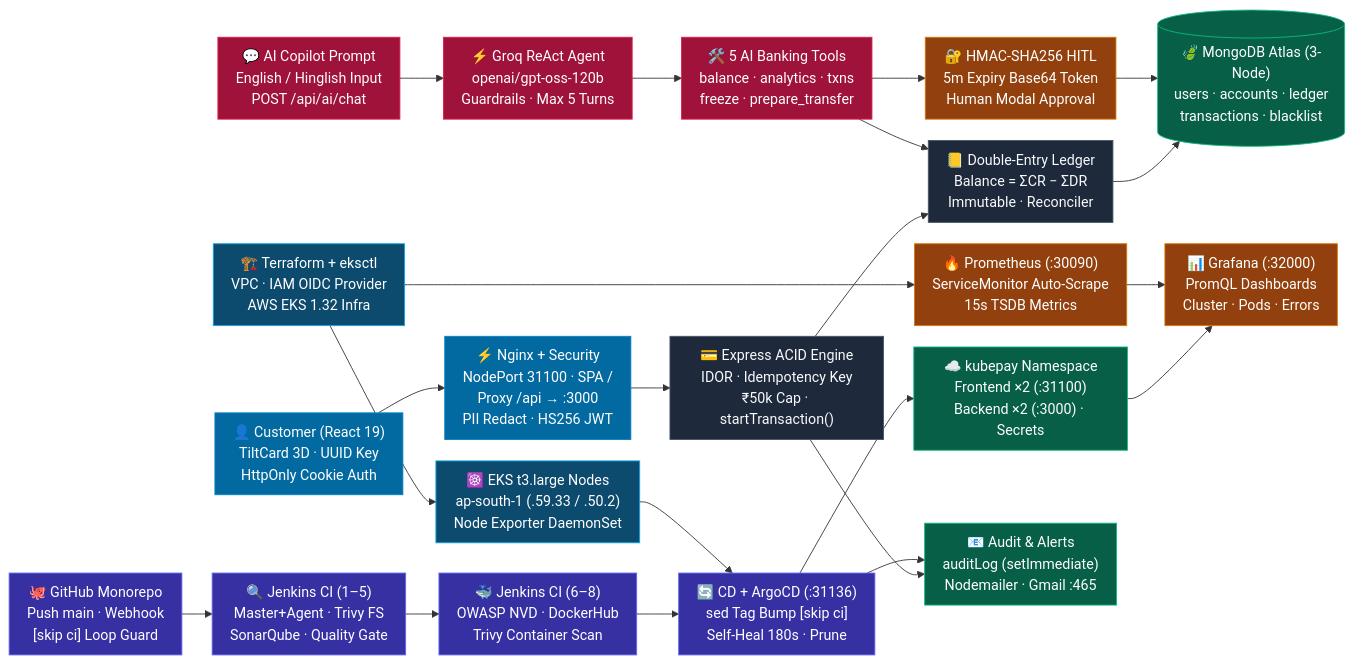
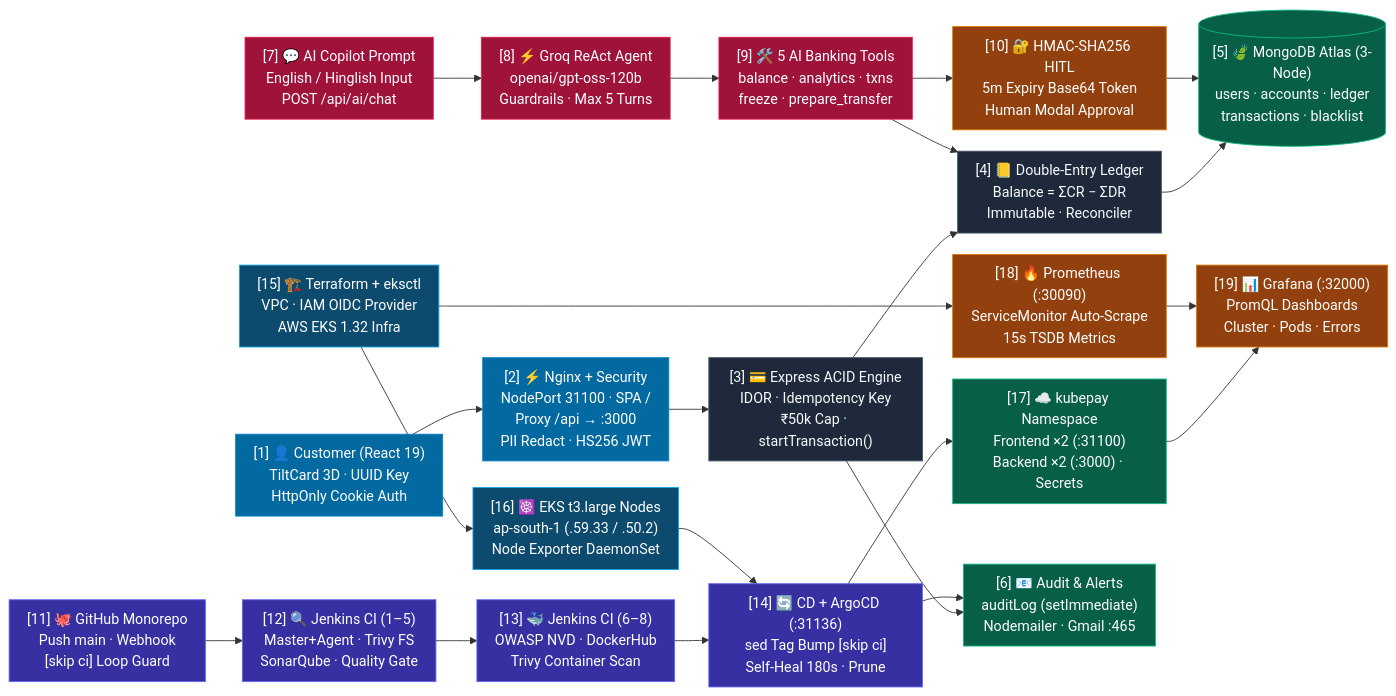
Before and after one commit to ARPITPRAJAPATI/Advance_bank_system: the diagram in architecture_sheets/KUBEPAY_ARCH_PRINT.md, drawn with Mermaid. The commit also changed 12 other files, not shown here.

Commit message:
docs: add architecture documentation sheets for KubePay system

````diff
--- a/architecture_sheets/KUBEPAY_ARCH_PRINT.md
+++ b/architecture_sheets/KUBEPAY_ARCH_PRINT.md
@@ -3,53 +3,53 @@
 ```mermaid
 %%{init: {'flowchart': {'nodeSpacing': 24, 'rankSpacing': 34, 'padding': 10}}}%%
 graph LR
 
-  C1["👤 Customer (React 19)<br/>TiltCard 3D · UUID Key<br/>HttpOnly Cookie Auth"]
-  A1["💬 AI Copilot Prompt<br/>English / Hinglish Input<br/>POST /api/ai/chat"]
-  D1["🐙 GitHub Monorepo<br/>Push main · Webhook<br/>[skip ci] Loop Guard"]
-  I1["🏗️ Terraform + eksctl<br/>VPC · IAM OIDC Provider<br/>AWS EKS 1.32 Infra"]
+  C1["[1] 👤 Customer (React 19)<br/>TiltCard 3D · UUID Key<br/>HttpOnly Cookie Auth"]
+  A1["[7] 💬 AI Copilot Prompt<br/>English / Hinglish Input<br/>POST /api/ai/chat"]
+  D1["[11] 🐙 GitHub Monorepo<br/>Push main · Webhook<br/>[skip ci] Loop Guard"]
+  I1["[15] 🏗️ Terraform + eksctl<br/>VPC · IAM OIDC Provider<br/>AWS EKS 1.32 Infra"]
 
-  C2["⚡ Nginx + Security<br/>NodePort 31100 · SPA /<br/>Proxy /api → :3000<br/>PII Redact · HS256 JWT"]
-  A2["⚡ Groq ReAct Agent<br/>openai/gpt-oss-120b<br/>Guardrails · Max 5 Turns"]
-  D2["🔍 Jenkins CI (1–5)<br/>Master+Agent · Trivy FS<br/>SonarQube · Quality Gate"]
-  I2["☸️ EKS t3.large Nodes<br/>ap-south-1 (.59.33 / .50.2)<br/>Node Exporter DaemonSet"]
+  C2["[2] ⚡ Nginx + Security<br/>NodePort 31100 · SPA /<br/>Proxy /api → :3000<br/>PII Redact · HS256 JWT"]
+  A2["[8] ⚡ Groq ReAct Agent<br/>openai/gpt-oss-120b<br/>Guardrails · Max 5 Turns"]
+  D2["[12] 🔍 Jenkins CI (1–5)<br/>Master+Agent · Trivy FS<br/>SonarQube · Quality Gate"]
+  I2["[16] ☸️ EKS t3.large Nodes<br/>ap-south-1 (.59.33 / .50.2)<br/>Node Exporter DaemonSet"]
 
-  C3["💳 Express ACID Engine<br/>IDOR · Idempotency Key<br/>₹50k Cap · startTransaction()"]
-  A3["🛠️ 5 AI Banking Tools<br/>balance · analytics · txns<br/>freeze · prepare_transfer"]
-  D3["🐳 Jenkins CI (6–8)<br/>OWASP NVD · DockerHub<br/>Trivy Container Scan"]
-  O3["🔥 Prometheus (:30090)<br/>ServiceMonitor Auto-Scrape<br/>15s TSDB Metrics"]
+  C3["[3] 💳 Express ACID Engine<br/>IDOR · Idempotency Key<br/>₹50k Cap · startTransaction()"]
+  A3["[9] 🛠️ 5 AI Banking Tools<br/>balance · analytics · txns<br/>freeze · prepare_transfer"]
+  D3["[13] 🐳 Jenkins CI (6–8)<br/>OWASP NVD · DockerHub<br/>Trivy Container Scan"]
+  O3["[18] 🔥 Prometheus (:30090)<br/>ServiceMonitor Auto-Scrape<br/>15s TSDB Metrics"]
 
-  L4["📒 Double-Entry Ledger<br/>Balance = ΣCR − ΣDR<br/>Immutable · Reconciler"]
-  H4["🔐 HMAC-SHA256 HITL<br/>5m Expiry Base64 Token<br/>Human Modal Approval"]
-  D4["🔄 CD + ArgoCD (:31136)<br/>sed Tag Bump [skip ci]<br/>Self-Heal 180s · Prune"]
-  E4["☁️ kubepay Namespace<br/>Frontend ×2 (:31100)<br/>Backend ×2 (:3000) · Secrets"]
+  L4["[4] 📒 Double-Entry Ledger<br/>Balance = ΣCR − ΣDR<br/>Immutable · Reconciler"]
+  H4["[10] 🔐 HMAC-SHA256 HITL<br/>5m Expiry Base64 Token<br/>Human Modal Approval"]
+  D4["[14] 🔄 CD + ArgoCD (:31136)<br/>sed Tag Bump [skip ci]<br/>Self-Heal 180s · Prune"]
+  E4["[17] ☁️ kubepay Namespace<br/>Frontend ×2 (:31100)<br/>Backend ×2 (:3000) · Secrets"]
 
-  DB1[("🍃 MongoDB Atlas (3-Node)<br/>users · accounts · ledger<br/>transactions · blacklist")]
-  DB2["📧 Audit & Alerts<br/>auditLog (setImmediate)<br/>Nodemailer · Gmail :465"]
-  O4["📊 Grafana (:32000)<br/>PromQL Dashboards<br/>Cluster · Pods · Errors"]
+  DB1[("[5] 🍃 MongoDB Atlas (3-Node)<br/>users · accounts · ledger<br/>transactions · blacklist")]
+  DB2["[6] 📧 Audit & Alerts<br/>auditLog (setImmediate)<br/>Nodemailer · Gmail :465"]
+  O4["[19] 📊 Grafana (:32000)<br/>PromQL Dashboards<br/>Cluster · Pods · Errors"]
 
   C1 --> C2 --> C3 --> L4 --> DB1
   A1 --> A2 --> A3 --> H4 --> DB1
   C3 --> DB2
   A3 --> L4
   D1 --> D2 --> D3 --> D4 --> E4 --> O4
   I1 --> I2 --> D4
   I1 --> O3 --> O4
   D4 --> DB2
 
   classDef bank fill:#0369a1,stroke:#0284c7,color:#fff
   classDef engine fill:#1e293b,stroke:#475569,color:#f8fafc
   classDef ai fill:#9f1239,stroke:#e11d48,color:#fff
   classDef hitl fill:#92400e,stroke:#d97706,color:#fff
   classDef db fill:#065f46,stroke:#10b981,color:#fff
   classDef ops fill:#3730a3,stroke:#6366f1,color:#fff
   classDef eks fill:#0c4a6e,stroke:#0ea5e9,color:#fff
 
   class C1,C2 bank
   class C3,L4 engine
   class A1,A2,A3 ai
   class H4,O3,O4 hitl
   class DB1,E4,DB2 db
   class D1,D2,D3,D4 ops
   class I1,I2 eks
 ```
````
